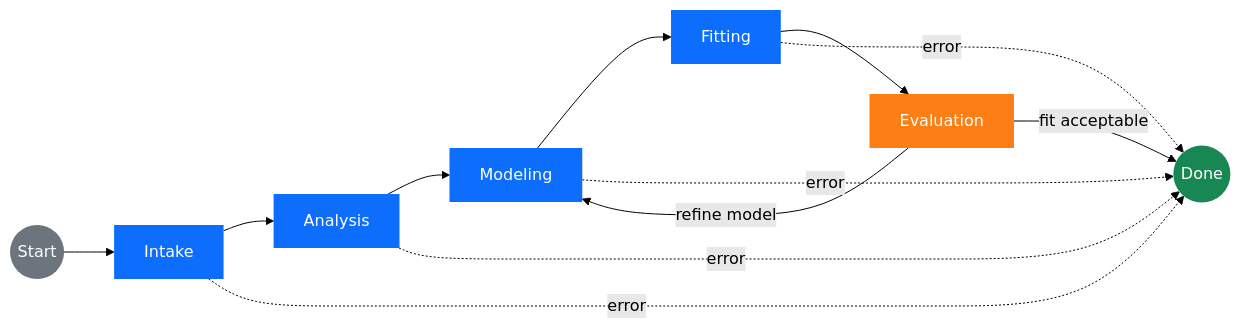
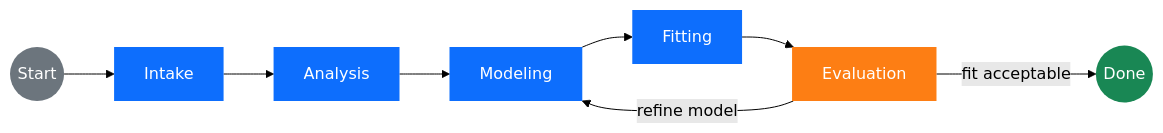
One commit to neutrons-ai/aure changed the diagram in README.md. Above: the diagram before and after it, drawn with Mermaid (forest theme).

Commit message:
better graph

````diff
--- a/README.md
+++ b/README.md
@@ -16,24 +16,19 @@
 ```mermaid
 flowchart LR
     S((Start)) --> Intake
     Intake --> Analysis
     Analysis --> Modeling
     Modeling --> Fitting
     Fitting --> Evaluation
 
     Evaluation -->|fit acceptable| E((Done))
     Evaluation -->|refine model| Modeling
 
-    Intake  -.->|error| E
-    Analysis -.->|error| E
-    Modeling -.->|error| E
-    Fitting  -.->|error| E
-
     style S fill:#6c757d,color:#fff,stroke:none
     style E fill:#198754,color:#fff,stroke:none
     style Intake fill:#0d6efd,color:#fff,stroke:none
     style Analysis fill:#0d6efd,color:#fff,stroke:none
     style Modeling fill:#0d6efd,color:#fff,stroke:none
     style Fitting fill:#0d6efd,color:#fff,stroke:none
     style Evaluation fill:#fd7e14,color:#fff,stroke:none
 ```
````
